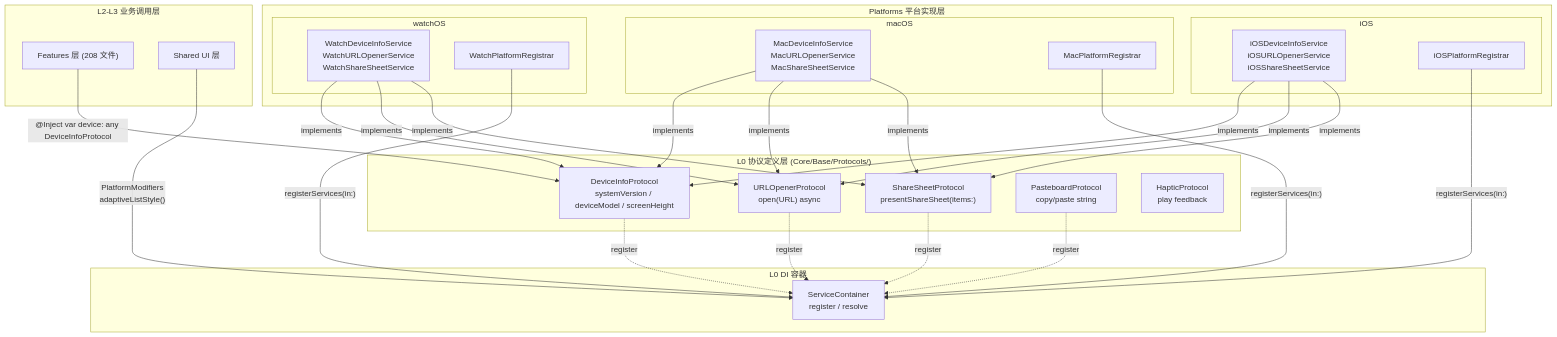
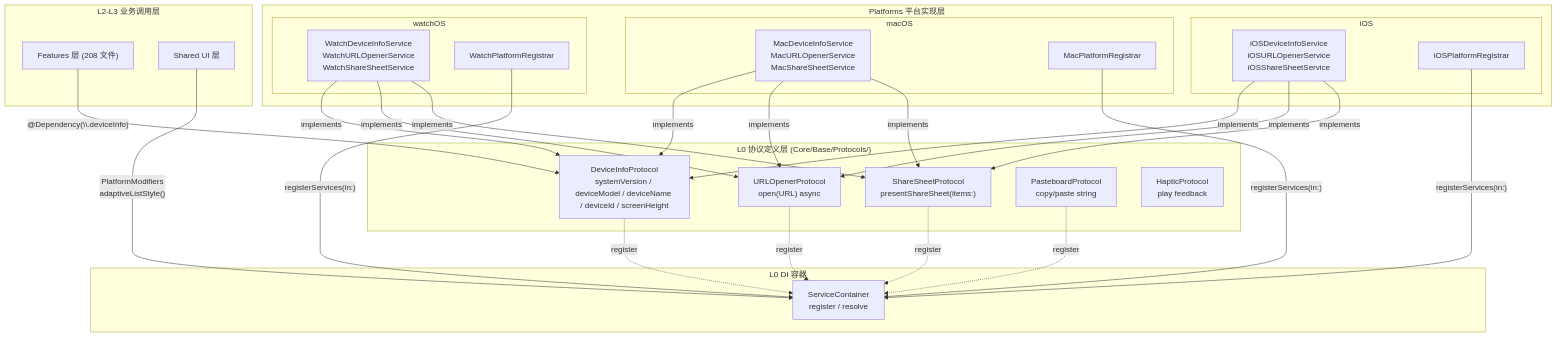
Before and after one commit to wangchong2023/ZhiYu: the diagram in Docs/Architecture/PLATFORM_PROTOCOL_ARCHITECTURE.md, drawn with Mermaid. The commit also changed other lines of this file and 27 other files, not shown here.

````diff
--- a/Docs/Architecture/PLATFORM_PROTOCOL_ARCHITECTURE.md
+++ b/Docs/Architecture/PLATFORM_PROTOCOL_ARCHITECTURE.md
@@ -62,55 +62,55 @@
 ```mermaid
 graph TD
     subgraph "L2-L3 业务调用层"
         FEAT["Features 层 (208 文件)"]
         SHARED["Shared UI 层"]
     end
 
     subgraph "L0 协议定义层 (Core/Base/Protocols/)"
-        DEV["DeviceInfoProtocol<br/>systemVersion / deviceModel / screenHeight"]
+        DEV["DeviceInfoProtocol<br/>systemVersion / deviceModel / deviceName / deviceId / screenHeight"]
         URL["URLOpenerProtocol<br/>open(URL) async"]
         SHARE["ShareSheetProtocol<br/>presentShareSheet(items:)"]
         PASTE["PasteboardProtocol<br/>copy/paste string"]
         HAPTIC["HapticProtocol<br/>play feedback"]
     end
 
     subgraph "Platforms 平台实现层"
         subgraph "iOS"
             iOS_SVC["iOSDeviceInfoService<br/>iOSURLOpenerService<br/>iOSShareSheetService"]
             iOS_REG["iOSPlatformRegistrar"]
         end
         subgraph "macOS"
             MAC_SVC["MacDeviceInfoService<br/>MacURLOpenerService<br/>MacShareSheetService"]
             MAC_REG["MacPlatformRegistrar"]
         end
         subgraph "watchOS"
             WATCH_SVC["WatchDeviceInfoService<br/>WatchURLOpenerService<br/>WatchShareSheetService"]
             WATCH_REG["WatchPlatformRegistrar"]
         end
     end
 
     subgraph "L0 DI 容器"
         SC["ServiceContainer<br/>register / resolve"]
     end
 
-    FEAT -->|"@Inject var device: any DeviceInfoProtocol"| DEV
+    FEAT -->|"@Dependency(\\.deviceInfo)"| DEV
     SHARED -->|"PlatformModifiers<br/>adaptiveListStyle()"| SC
     DEV -.->|"register"| SC
     URL -.->|"register"| SC
     SHARE -.->|"register"| SC
     PASTE -.->|"register"| SC
 
     iOS_REG -->|"registerServices(in:)"| SC
     MAC_REG -->|"registerServices(in:)"| SC
     WATCH_REG -->|"registerServices(in:)"| SC
 
     iOS_SVC -->|"implements"| DEV
     iOS_SVC -->|"implements"| URL
     iOS_SVC -->|"implements"| SHARE
     MAC_SVC -->|"implements"| DEV
     MAC_SVC -->|"implements"| URL
     MAC_SVC -->|"implements"| SHARE
     WATCH_SVC -->|"implements"| DEV
     WATCH_SVC -->|"implements"| URL
     WATCH_SVC -->|"implements"| SHARE
 ```
````
